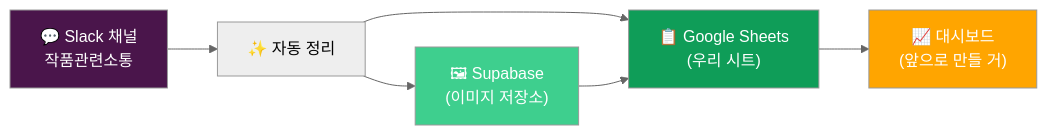
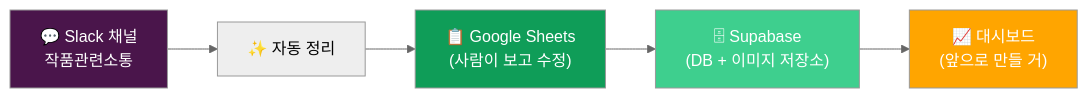
One commit to chonghlee-cmyk/slack_messages changed the first of 5 diagrams in ARCHITECTURE.md. Above: the diagram before and after it, drawn with Mermaid (neutral theme). The commit also changed other lines of this file and 1 other file, not shown here.

Commit message:
Fix architecture: Sheets -> Supabase -> Dashboard

````diff
--- a/ARCHITECTURE.md
+++ b/ARCHITECTURE.md
@@ -24,13 +24,12 @@
 ```mermaid
 flowchart LR
     A["💬 Slack 채널<br/>작품관련소통"] --> B["✨ 자동 정리"]
-    B --> C["📋 Google Sheets<br/>(우리 시트)"]
-    B --> D["🖼 Supabase<br/>(이미지 저장소)"]
-    D --> C
-    C --> E["📈 대시보드<br/>(앞으로 만들 거)"]
+    B --> C["📋 Google Sheets<br/>(사람이 보고 수정)"]
+    C --> D["🗄 Supabase<br/>(DB + 이미지 저장소)"]
+    D --> E["📈 대시보드<br/>(앞으로 만들 거)"]
 
     style A fill:#4A154B,color:#fff
     style C fill:#0F9D58,color:#fff
     style D fill:#3ECF8E,color:#fff
     style E fill:#FFA500,color:#fff
 ```
````
